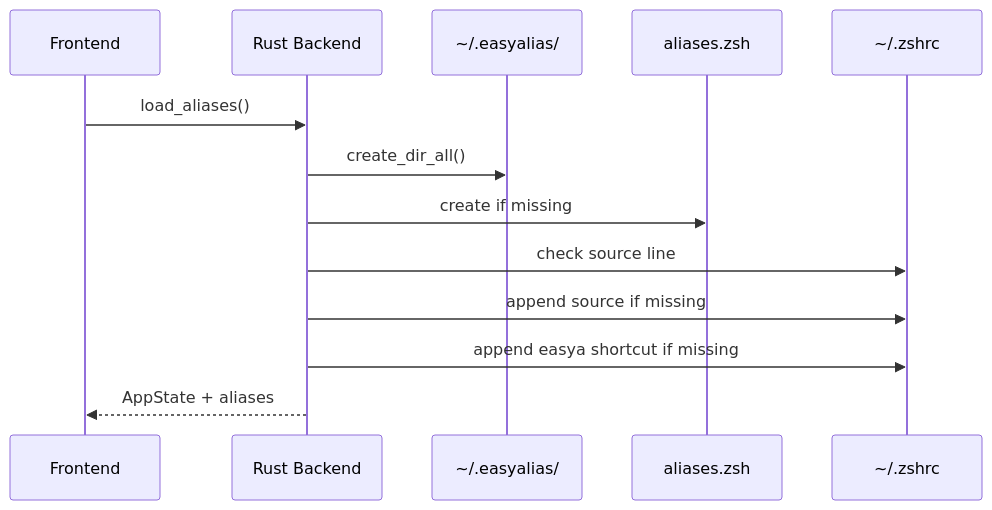
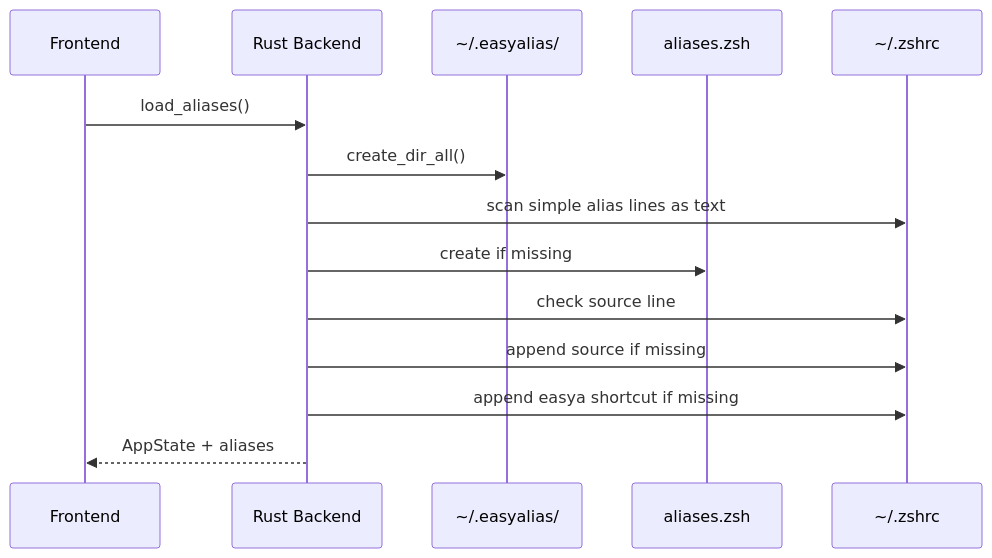
The fourth of 7 diagrams in mac_src/docs/ARCHITECTURE.md (hannesgnann-hub/easyalias), drawn with Mermaid before and after one commit. The commit also changed other lines of this file and 5 other files, not shown here.

````diff
--- a/mac_src/docs/ARCHITECTURE.md
+++ b/mac_src/docs/ARCHITECTURE.md
@@ -103,16 +106,17 @@
 ```mermaid
 sequenceDiagram
   participant UI as Frontend
   participant Rust as Rust Backend
   participant Dir as ~/.easyalias/
   participant AliasFile as aliases.zsh
   participant Zshrc as ~/.zshrc
 
   UI->>Rust: load_aliases()
   Rust->>Dir: create_dir_all()
+  Rust->>Zshrc: scan simple alias lines as text
   Rust->>AliasFile: create if missing
   Rust->>Zshrc: check source line
   Rust->>Zshrc: append source if missing
   Rust->>Zshrc: append easya shortcut if missing
   Rust-->>UI: AppState + aliases
 ```
````
